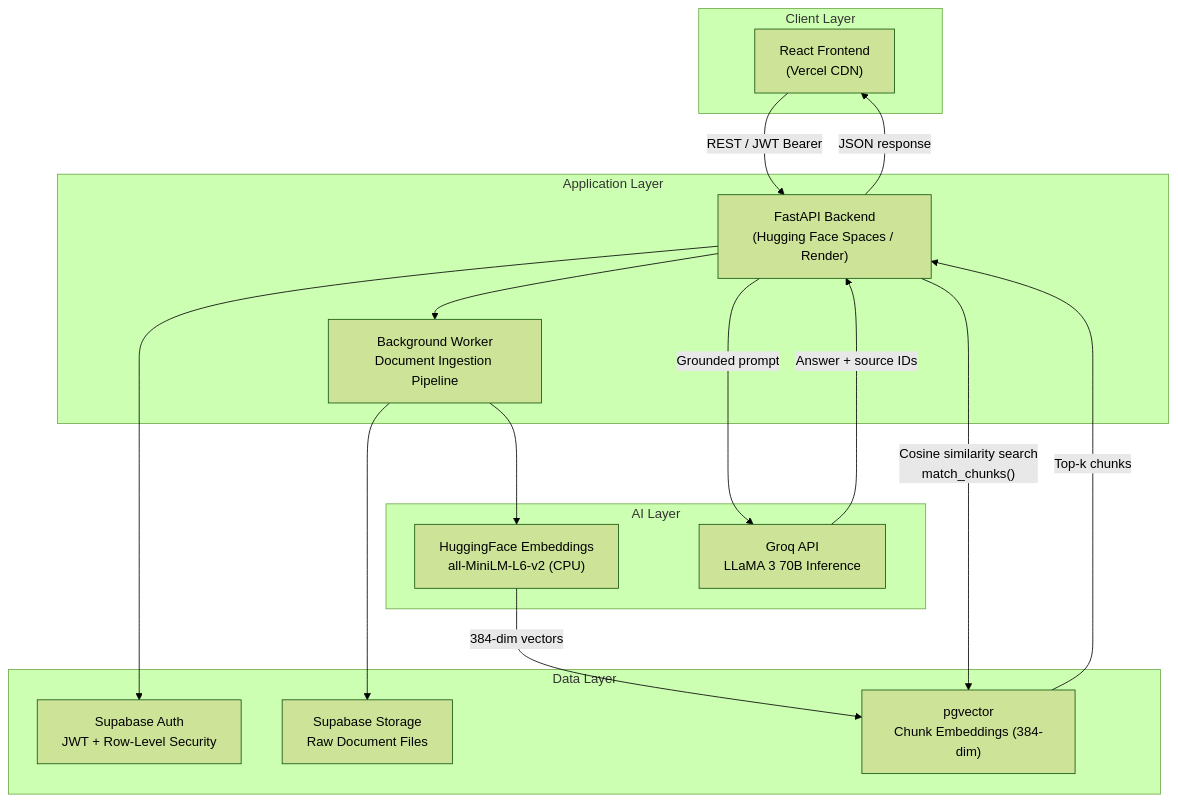
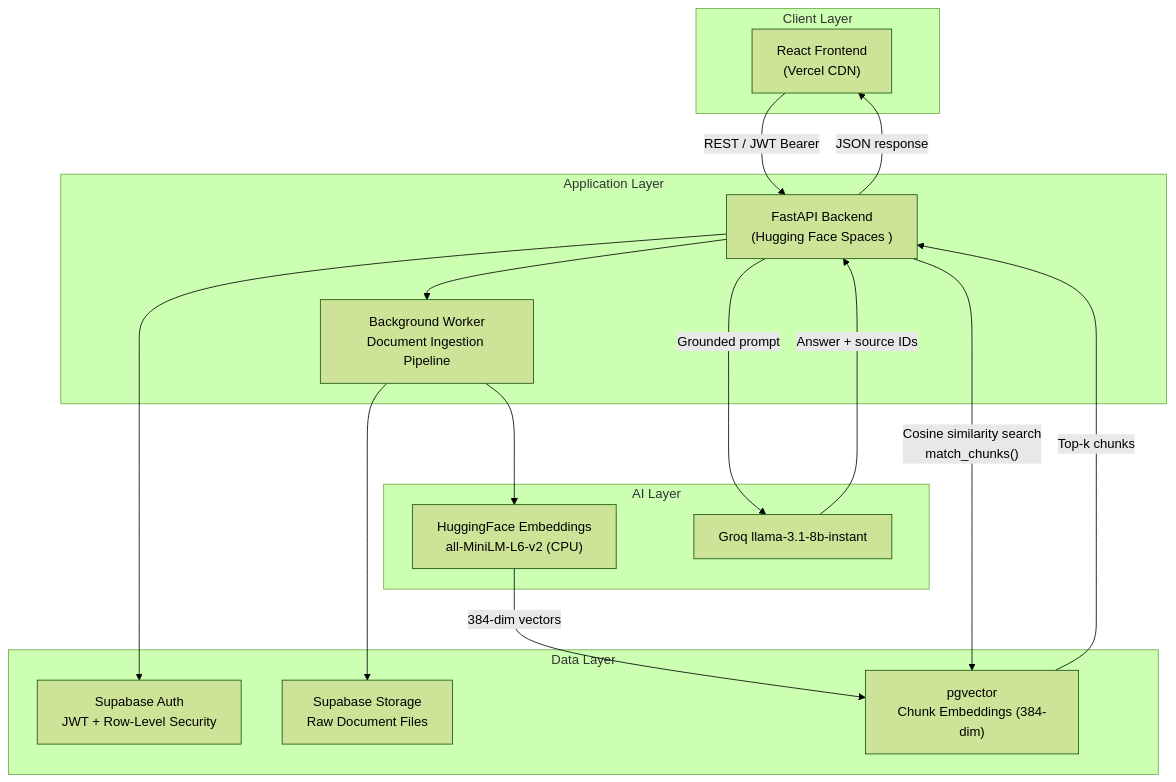
One commit to Bezawit-cloud/docurag changed the diagram in Readme.MD. Above: the diagram before and after it, drawn with Mermaid (forest theme). The commit also changed other lines of this file, not shown here.

````diff
--- a/Readme.MD
+++ b/Readme.MD
@@ -43,34 +43,34 @@
 ```mermaid
 flowchart TD
     subgraph Client["Client Layer"]
         A["React Frontend\n(Vercel CDN)"]
     end
 
     subgraph API["Application Layer"]
-        B["FastAPI Backend\n(Hugging Face Spaces / Render)"]
+        B["FastAPI Backend\n(Hugging Face Spaces )"]
         C["Background Worker\nDocument Ingestion Pipeline"]
     end
 
     subgraph Data["Data Layer"]
         D["Supabase Auth\nJWT + Row-Level Security"]
         E["Supabase Storage\nRaw Document Files"]
         F["pgvector\nChunk Embeddings (384-dim)"]
     end
 
     subgraph AI["AI Layer"]
         G["HuggingFace Embeddings\nall-MiniLM-L6-v2 (CPU)"]
-        H["Groq API\nLLaMA 3 70B Inference"]
+        H["Groq llama-3.1-8b-instant"]
     end
 
     A -->|"REST / JWT Bearer"| B
     B --> D
     B --> C
     C --> E
     C --> G
     G -->|"384-dim vectors"| F
     B -->|"Cosine similarity search\nmatch_chunks()"| F
     F -->|"Top-k chunks"| B
     B -->|"Grounded prompt"| H
     H -->|"Answer + source IDs"| B
     B -->|"JSON response"| A
 ```
````
